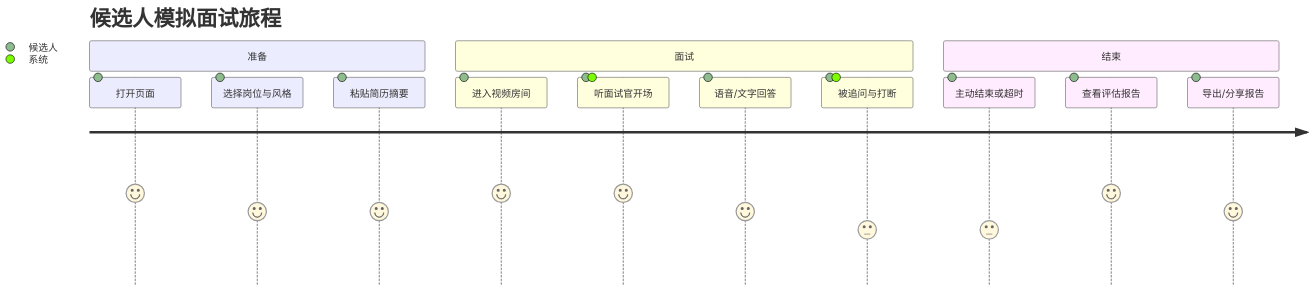
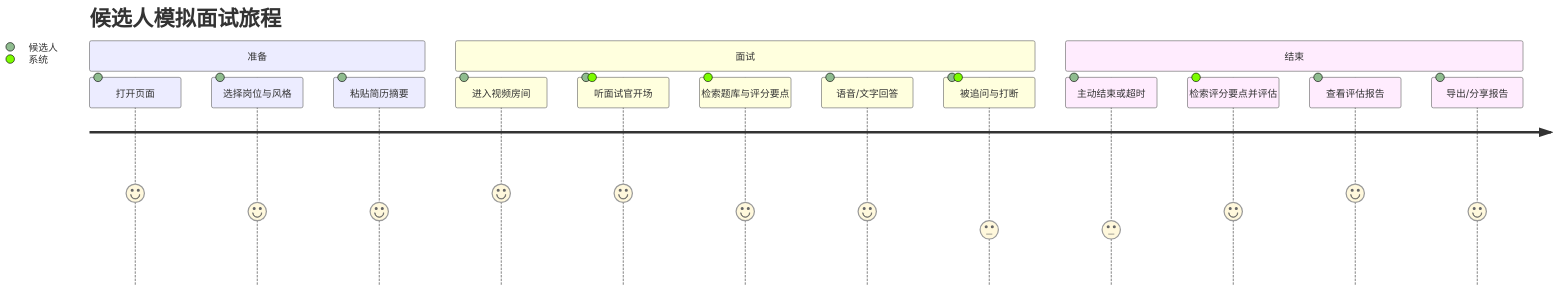
Before and after one commit to sublucky/virtual-interviewer: the first of 5 diagrams in REQUIREMENTS.md, drawn with Mermaid. The commit also changed other lines of this file, not shown here.

````diff
--- a/REQUIREMENTS.md
+++ b/REQUIREMENTS.md
@@ -48,17 +50,19 @@
 ```mermaid
 journey
     title 候选人模拟面试旅程
     section 准备
       打开页面: 5: 候选人
       选择岗位与风格: 4: 候选人
       粘贴简历摘要: 4: 候选人
     section 面试
       进入视频房间: 5: 候选人
       听面试官开场: 5: 候选人, 系统
+      检索题库与评分要点: 4: 系统
       语音/文字回答: 4: 候选人
       被追问与打断: 3: 候选人, 系统
     section 结束
       主动结束或超时: 3: 候选人
+      检索评分要点并评估: 4: 系统
       查看评估报告: 5: 候选人
       导出/分享报告: 4: 候选人
 ```
````
